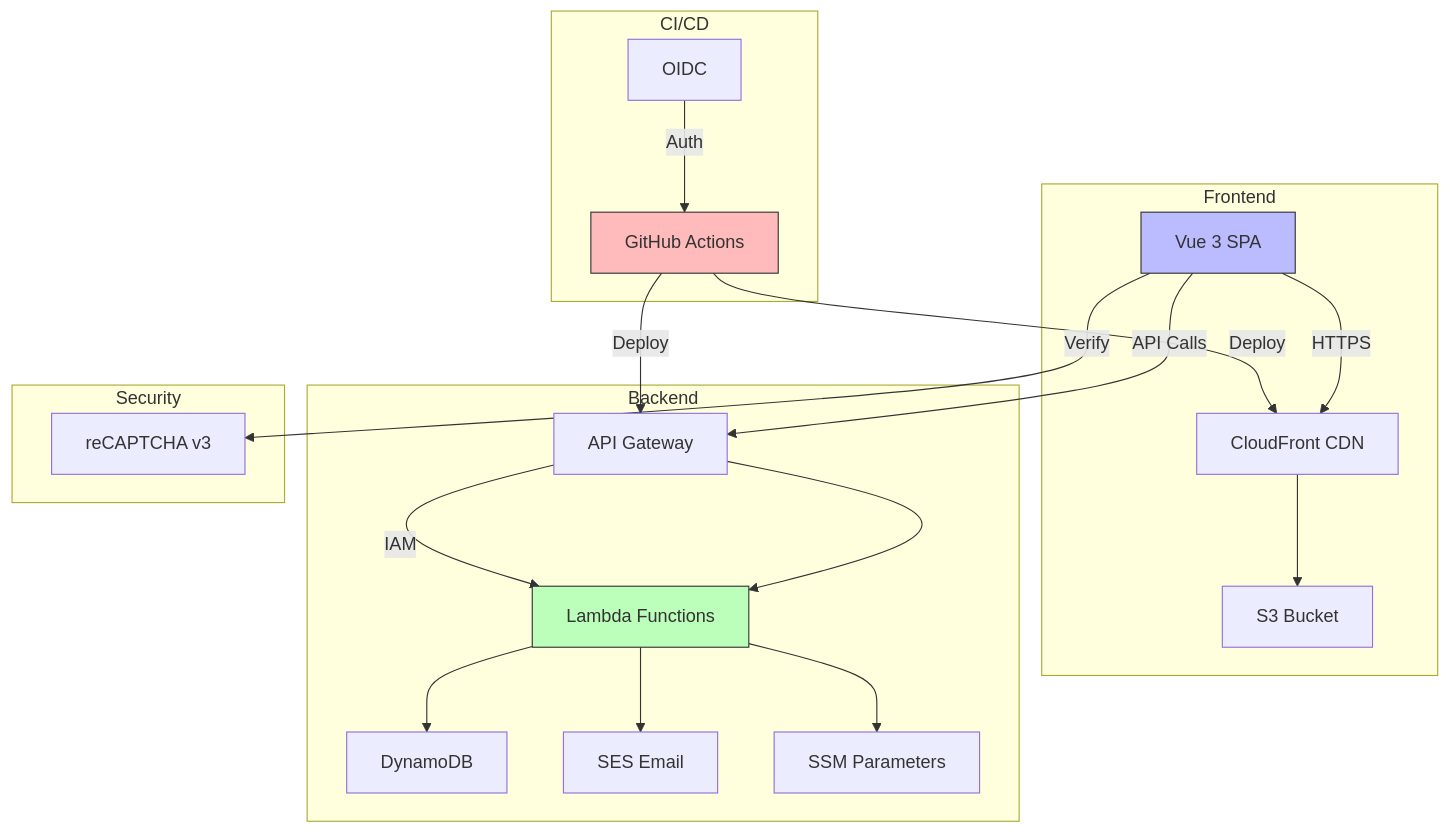
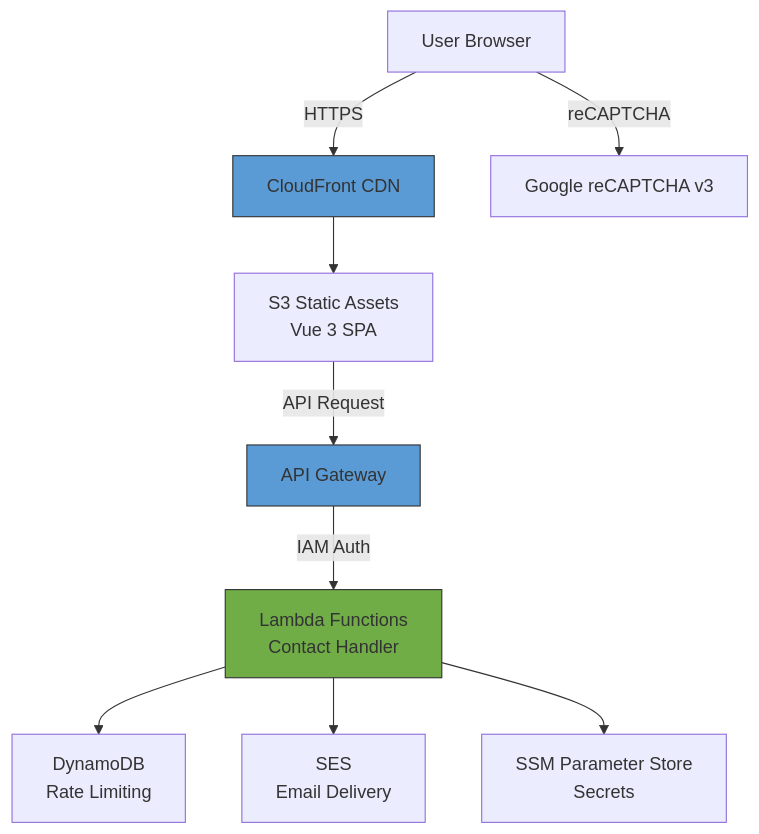
The fourth of 5 diagrams in README.md (mattlucian/idevelop.tech), drawn with Mermaid before and after one commit. The commit also changed other lines of this file, not shown here.

Commit message:
refactor: Redesign Architecture section with focused diagrams
Replace single complex diagram with two focused flows:

1. **Request Flow**
   - User → CloudFront → S3 → API Gateway → Lambda
   - Shows reCAPTCHA, DynamoDB, SES, SSM integration
   - Clear data flow from browser to backend services

2. **Deployment Architecture**
   - Developer → GitHub → GitHub Actions → AWS
   - Shows OIDC auth and SST deployment
   - CloudFormation provisioning of all services

Both diagrams:
- Use vertical (TB) layout for consistency
- Use better colors (blue, green, orange)
- Focused on single concerns
- More scannable and professional

🤖 Generated with [Claude Code](https://claude.com/claude-code)

````diff
--- a/README.md
+++ b/README.md
@@ -138,30 +140,18 @@
 ```mermaid
 graph TB
-    subgraph "Frontend"
-        A[Vue 3 SPA] -->|HTTPS| B[CloudFront CDN]
-        B --> C[S3 Bucket]
-    end
+    A[User Browser] -->|HTTPS| B[CloudFront CDN]
+    B --> C[S3 Static Assets<br/>Vue 3 SPA]
 
-    subgraph "Backend"
-        A -->|API Calls| D[API Gateway]
-        D --> E[Lambda Functions]
-        E --> F[DynamoDB]
-        E --> G[SES Email]
-        E --> H[SSM Parameters]
-    end
+    A -->|reCAPTCHA| D[Google reCAPTCHA v3]
 
-    subgraph "Security"
-        A -->|Verify| I[reCAPTCHA v3]
-        D -->|IAM| E
-    end
+    C -->|API Request| E[API Gateway]
+    E -->|IAM Auth| F[Lambda Functions<br/>Contact Handler]
 
-    subgraph "CI/CD"
-        J[GitHub Actions] -->|Deploy| B
-        J -->|Deploy| D
-        K[OIDC] -->|Auth| J
-    end
+    F --> G[DynamoDB<br/>Rate Limiting]
+    F --> H[SES<br/>Email Delivery]
+    F --> I[SSM Parameter Store<br/>Secrets]
 
-    style A fill:#bbf,stroke:#333
-    style E fill:#bfb,stroke:#333
-    style J fill:#fbb,stroke:#333
+    style B fill:#5b9bd5,stroke:#333
+    style E fill:#5b9bd5,stroke:#333
+    style F fill:#70ad47,stroke:#333
 ```
````
